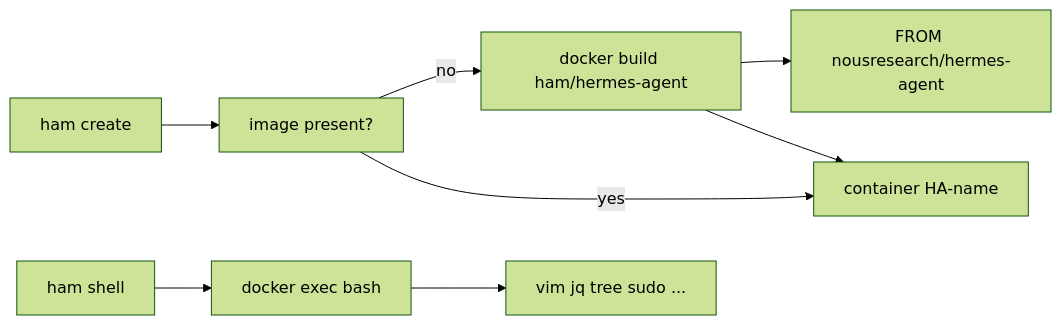
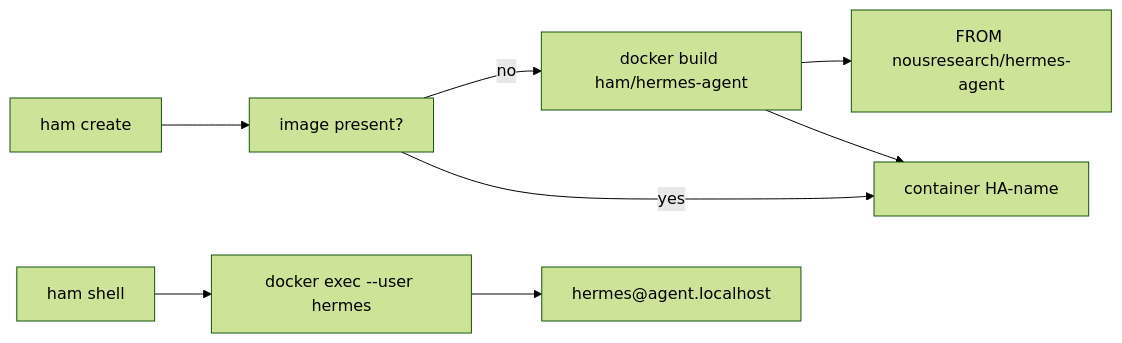
Before and after one commit to UpGoTech/hermes-agent-manager: the diagram in specs/003-workstation-image.md, drawn with Mermaid (forest theme). The commit also changed other lines of this file and 9 other files, not shown here.

First line of the commit message:
feat: shell as hermes@agent.localhost like FM

````diff
--- a/specs/003-workstation-image.md
+++ b/specs/003-workstation-image.md
@@ -16,10 +16,10 @@
 ```mermaid
 flowchart LR
   create["ham create"] --> ensure["image present?"]
   ensure -->|no| build["docker build ham/hermes-agent"]
   build --> base["FROM nousresearch/hermes-agent"]
   ensure -->|yes| run["container HA-name"]
   build --> run
-  shell["ham shell"] --> exec["docker exec bash"]
-  exec --> tools["vim jq tree sudo ..."]
+  shell["ham shell"] --> exec["docker exec --user hermes"]
+  exec --> prompt["hermes@agent.localhost"]
 ```
````
